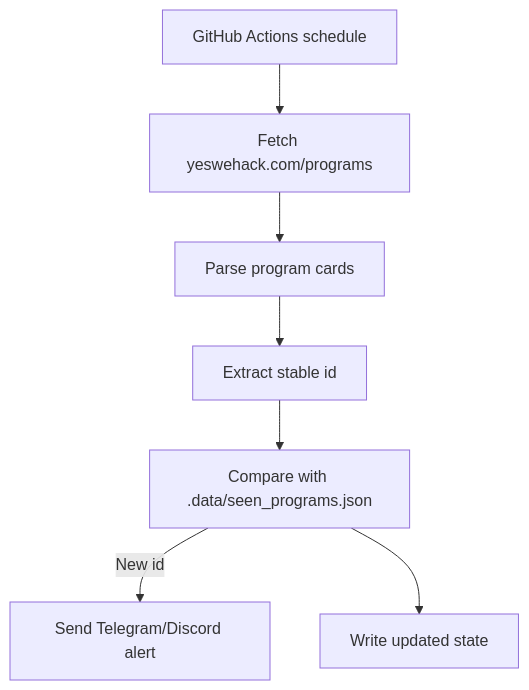
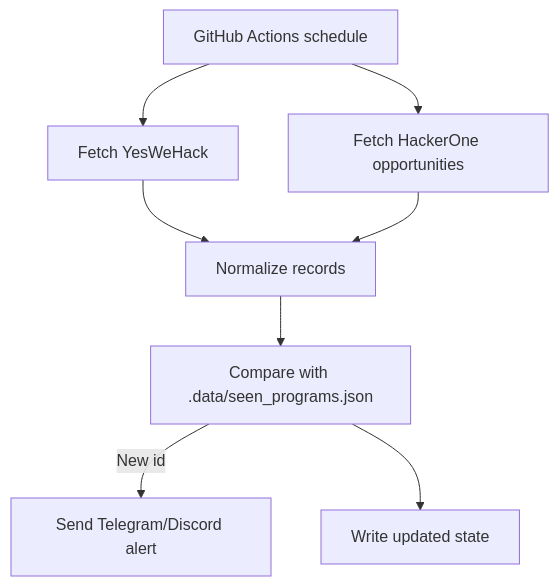
One commit to killerlux/yeswehack-new-program-watcher changed the diagram in README.md. Above: the diagram before and after it, drawn with Mermaid. The commit also changed other lines of this file and 8 other files, not shown here.

First line of the commit message:
feat: add HackerOne bounty source to monitor

````diff
--- a/README.md
+++ b/README.md
@@ -65,9 +70,10 @@
 ```mermaid
 flowchart TD
-    A[GitHub Actions schedule] --> B[Fetch yeswehack.com/programs]
-    B --> C[Parse program cards]
-    C --> D[Extract stable id]
+    A[GitHub Actions schedule] --> B[Fetch YesWeHack]
+    A --> C[Fetch HackerOne opportunities]
+    B --> D[Normalize records]
+    C --> D
     D --> E[Compare with .data/seen_programs.json]
     E -->|New id| F[Send Telegram/Discord alert]
     E --> G[Write updated state]
 ```
````
